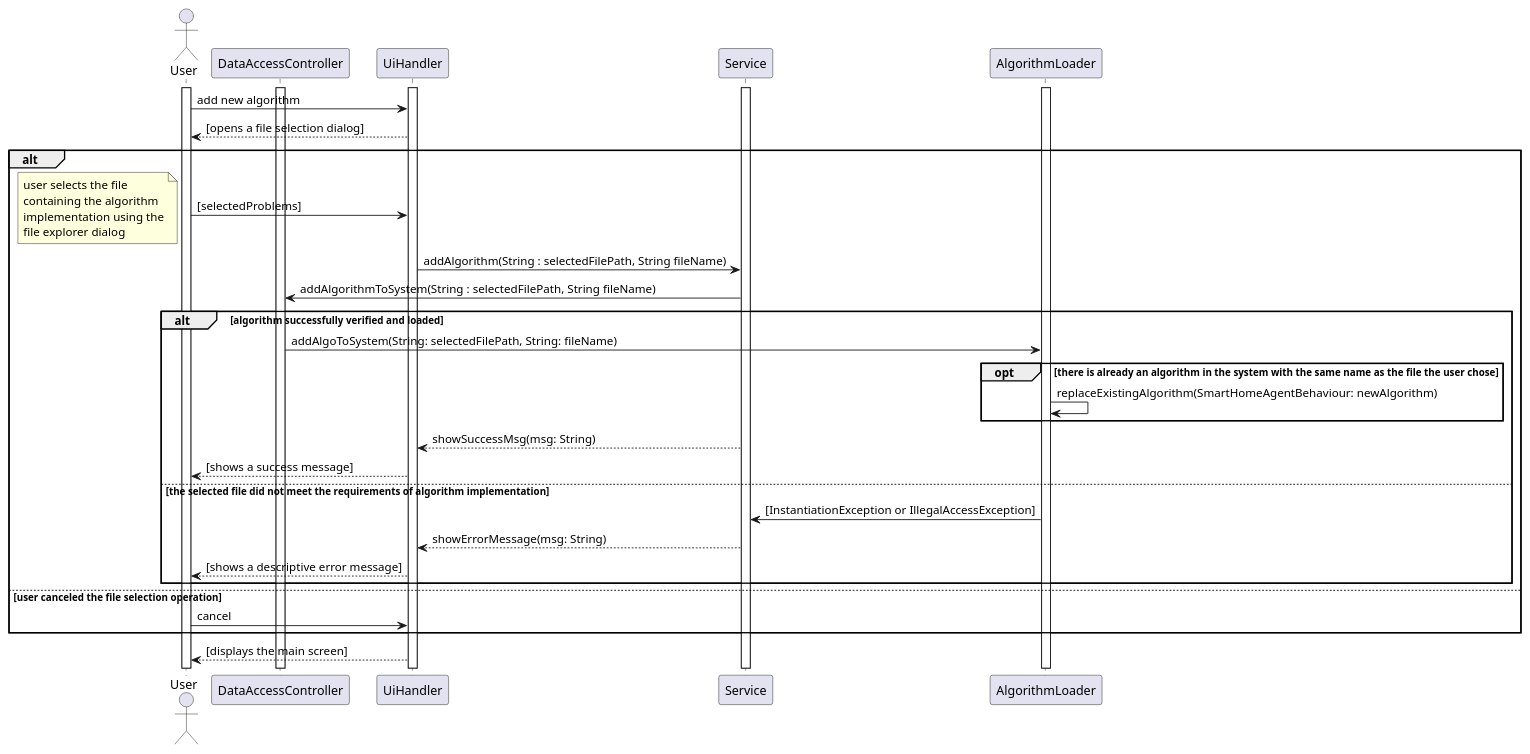
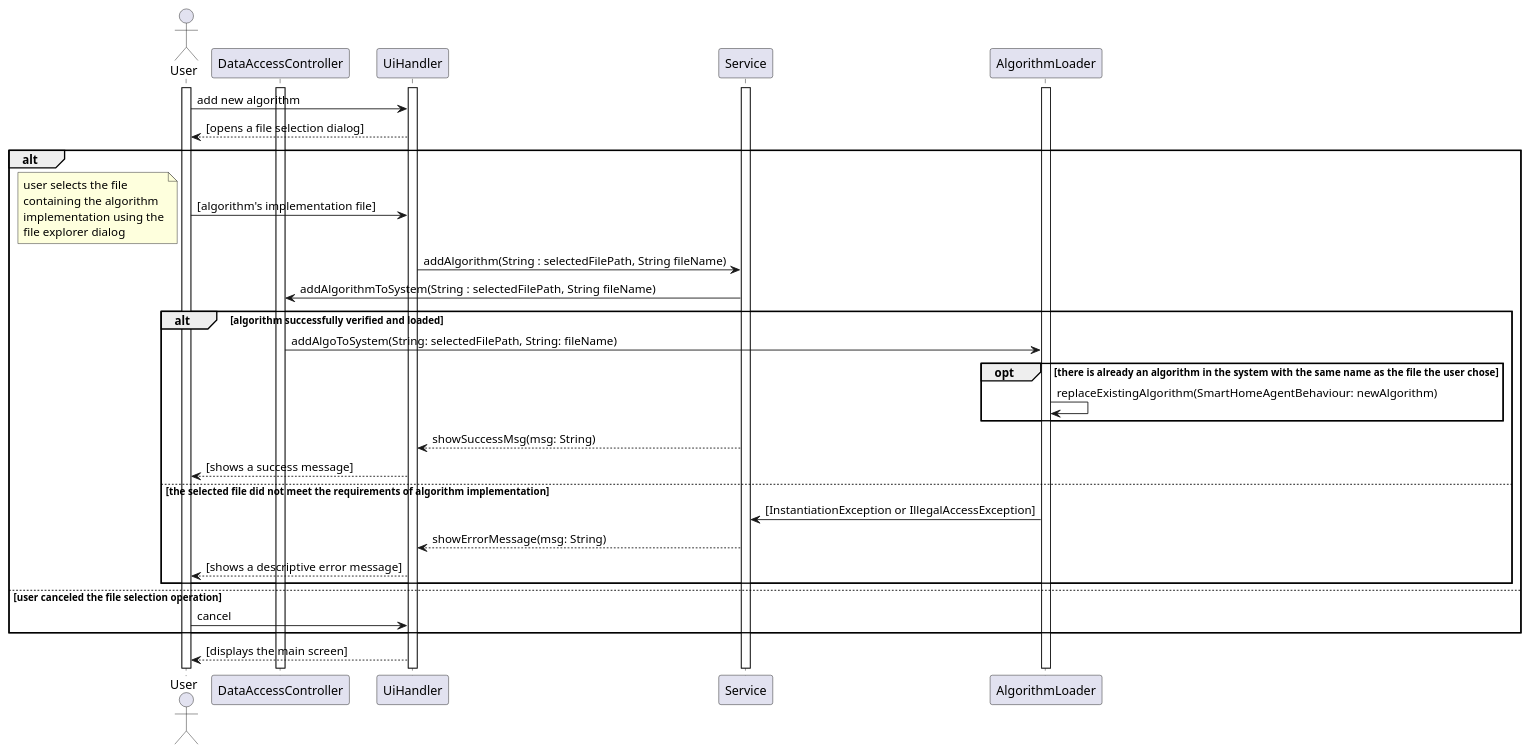
Before and after one commit to miamiHits/FinalProject: the diagram in Final/Docs/Diagrams/behaviour diagrams/scripts/addNewAlgoSeq.puml, drawn with PlantUML. The commit also changed 7 other files, not shown here.

Commit message:
updated sequence diagrams according t the new design

```diff
--- a/Final/Docs/Diagrams/behaviour diagrams/scripts/addNewAlgoSeq.puml
+++ b/Final/Docs/Diagrams/behaviour diagrams/scripts/addNewAlgoSeq.puml
@@ -1,51 +1,51 @@
 @startuml
 actor User as u
 participant DataAccessController as DAC
 
 activate u
 activate DAC
 activate UiHandler
 activate Service
 activate AlgorithmLoader
 
 u -> UiHandler : add new algorithm
 UiHandler --> u : [opens a file selection dialog]
 alt
-    u -> UiHandler : [selectedProblems]
+    u -> UiHandler : [algorithm's implementation file]
     note left
         user selects the file
         containing the algorithm
         implementation using the
         file explorer dialog
     end note
     UiHandler -> Service : addAlgorithm(String : selectedFilePath, String fileName)
     Service -> DAC : addAlgorithmToSystem(String : selectedFilePath, String fileName)
 
     alt algorithm successfully verified and loaded
 
         DAC -> AlgorithmLoader : addAlgoToSystem(String: selectedFilePath, String: fileName)
 
         opt there is already an algorithm in the system with the same name as the file the user chose
             AlgorithmLoader -> AlgorithmLoader : replaceExistingAlgorithm(SmartHomeAgentBehaviour: newAlgorithm)
         end
 
         Service --> UiHandler : showSuccessMsg(msg: String)
         UiHandler --> u : [shows a success message]
 
     else the selected file did not meet the requirements of algorithm implementation
 
         AlgorithmLoader -> Service : [InstantiationException or IllegalAccessException]
         Service --> UiHandler : showErrorMessage(msg: String)
         UiHandler --> u : [shows a descriptive error message]
 
     end
 
 else user canceled the file selection operation
 
     u -> UiHandler : cancel
 end
 
     UiHandler --> u : [displays the main screen]
 
 
 @enduml
```
